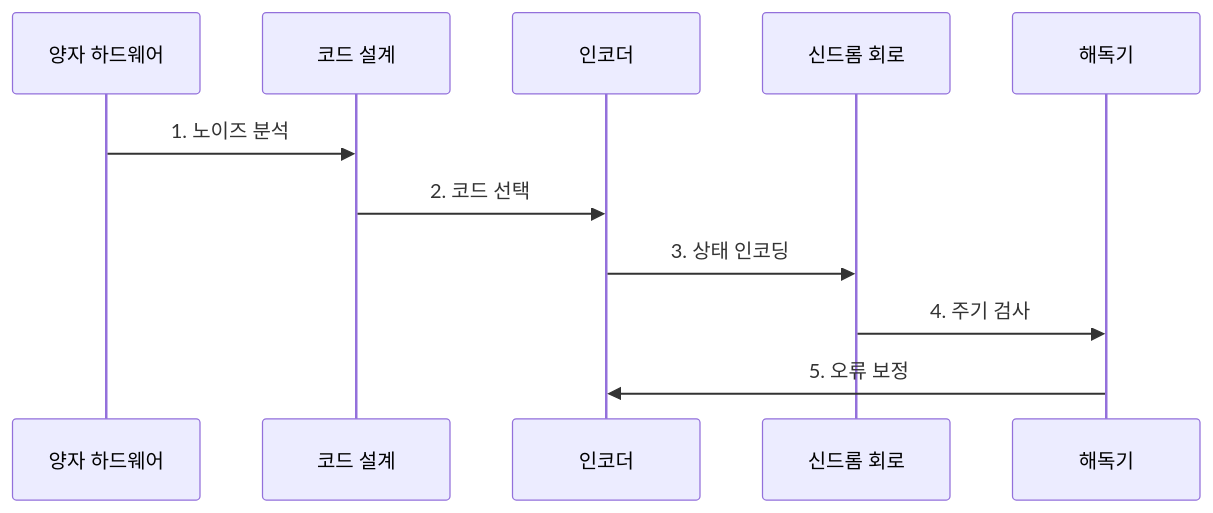
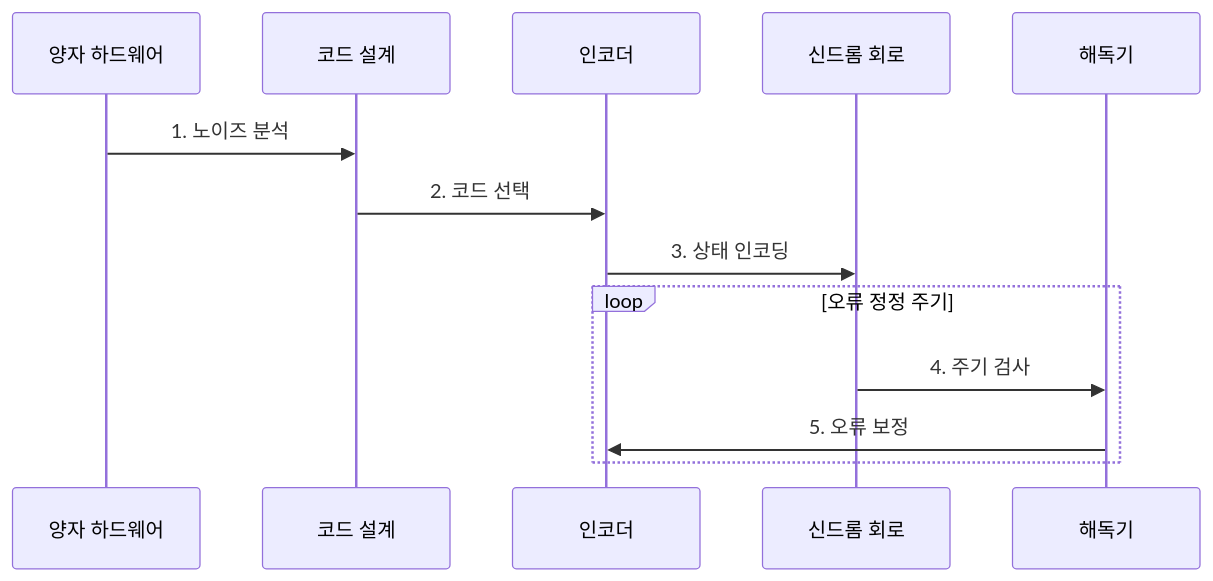
One commit to agnusdei1207/knowledge-base changed the second of 2 diagrams in src/content/docs/notes/08-latest-tech/213_quantum_error_correction.md. Above: the diagram before and after it, drawn with Mermaid. The commit also changed other lines of this file and 15 other files, not shown here.

````diff
--- a/src/content/docs/notes/08-latest-tech/213_quantum_error_correction.md
+++ b/src/content/docs/notes/08-latest-tech/213_quantum_error_correction.md
@@ -102,13 +102,15 @@
 ```mermaid
 sequenceDiagram
   participant H as 양자 하드웨어
   participant C as 코드 설계
   participant I as 인코더
   participant S as 신드롬 회로
   participant D as 해독기
   H->>C: 1. 노이즈 분석
   C->>I: 2. 코드 선택
   I->>S: 3. 상태 인코딩
-  S->>D: 4. 주기 검사
-  D->>I: 5. 오류 보정
+  loop 오류 정정 주기
+    S->>D: 4. 주기 검사
+    D->>I: 5. 오류 보정
+  end
 ```
````
